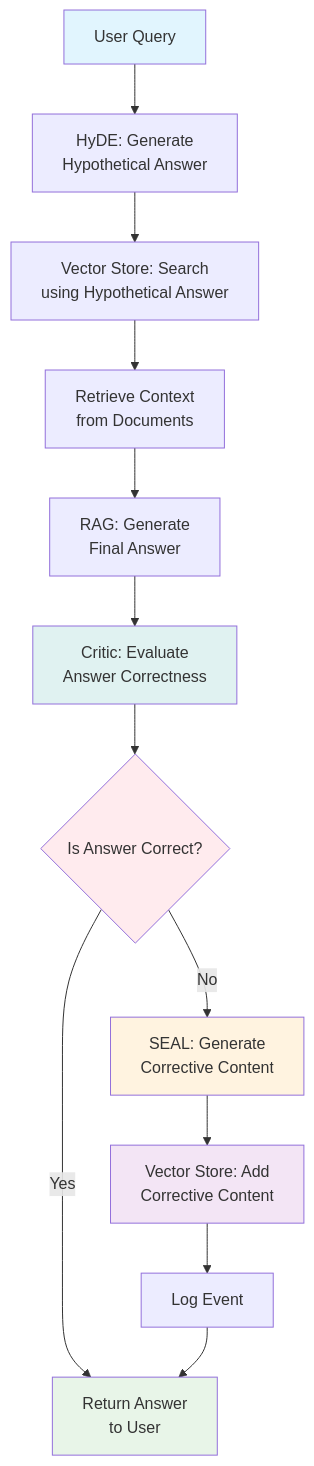
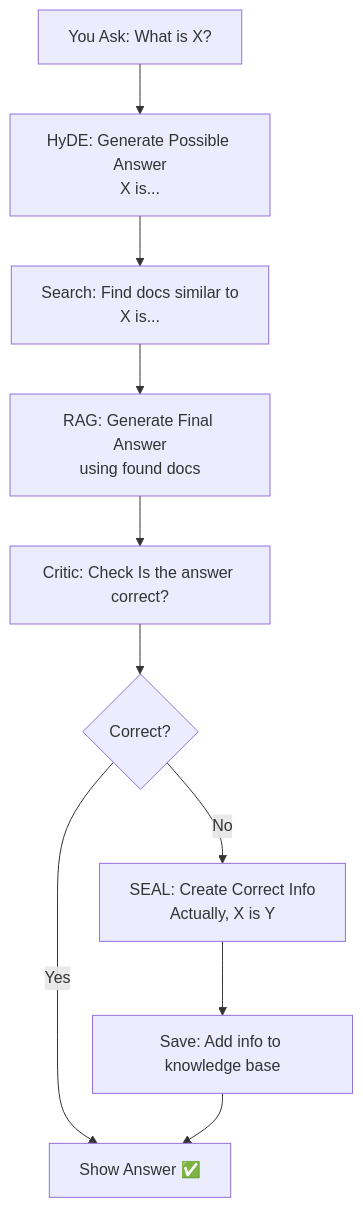
Before and after one commit to ayushsyntax/Reasona: the first of 2 diagrams in README.md, drawn with Mermaid. The commit also changed other lines of this file, not shown here.

````diff
--- a/README.md
+++ b/README.md
@@ -64,21 +38,12 @@
 ```mermaid
 graph TD
-    A[User Query] --> B[HyDE: Generate<br/>Hypothetical Answer]
-    B --> C[Vector Store: Search<br/>using Hypothetical Answer]
-    C --> D[Retrieve Context<br/>from Documents]
-    D --> E[RAG: Generate<br/>Final Answer]
-    E --> F[Critic: Evaluate<br/>Answer Correctness]
-    F --> G{Is Answer Correct?}
-    G -->|Yes| H[Return Answer<br/>to User]
-    G -->|No| I[SEAL: Generate<br/>Corrective Content]
-    I --> J[Vector Store: Add<br/>Corrective Content]
-    J --> K[Log Event]
-    K --> H
-
-    style A fill:#e1f5fe
-    style H fill:#e8f5e8
-    style I fill:#fff3e0
-    style J fill:#f3e5f5
-    style G fill:#ffebee
-    style F fill:#e0f2f1
+    A[You Ask: What is X?] --> B[HyDE: Generate Possible Answer<br/>X is...]
+    B --> C[Search: Find docs similar to<br/>X is...]
+    C --> D[RAG: Generate Final Answer<br/>using found docs]
+    D --> E[Critic: Check Is the answer correct?]
+    E --> F{Correct?}
+    F -->|Yes| G[Show Answer ✅]
+    F -->|No| H[SEAL: Create Correct Info<br/>Actually, X is Y]
+    H --> I[Save: Add info to knowledge base]
+    I --> G
 ```
````
